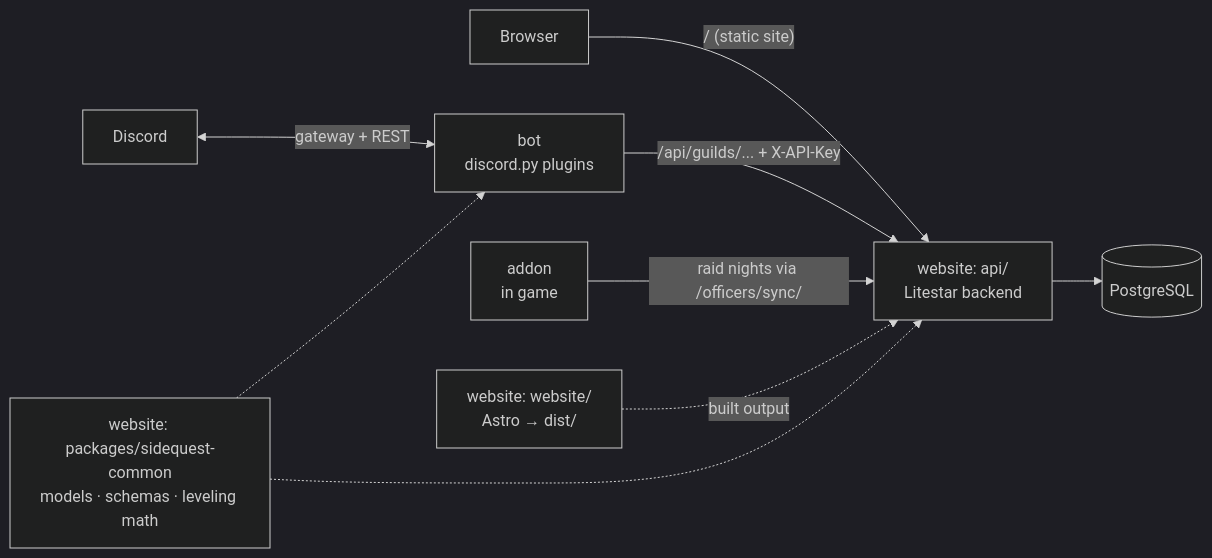
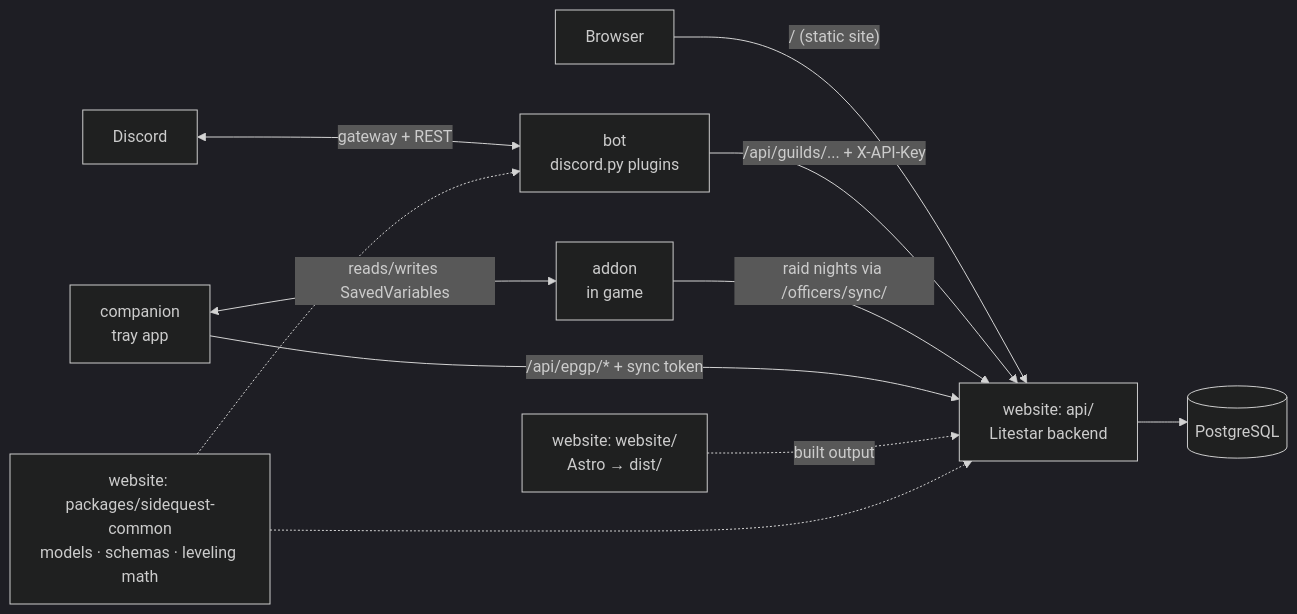
Before and after one commit to SideQuest-Guild/docs: the diagram in source/developers/index.md, drawn with Mermaid (dark theme). The commit also changed other lines of this file and 95 other files, not shown here.

Commit message:
feat: the docs become a handbook: a painted landing page, guides for members and officers (including the officers' code), developer guides per app, an API reference per app, changelogs, and a contributing section

````diff
--- a/source/developers/index.md
+++ b/source/developers/index.md
@@ -13,10 +16,12 @@
 ```{mermaid}
 flowchart LR
     Browser -->|"/ (static site)"| API
     Discord <-->|gateway + REST| Bot["bot<br/>discord.py plugins"]
     Bot -->|"/api/guilds/... + X-API-Key"| API["website: api/<br/>Litestar backend"]
     Addon["addon<br/>in game"] -->|"raid nights via /officers/sync/"| API
+    Companion["companion<br/>tray app"] -->|"/api/epgp/* + sync token"| API
+    Companion <-->|"reads/writes SavedVariables"| Addon
     Website["website: website/<br/>Astro → dist/"] -.->|built output| API
     API --> DB[(PostgreSQL)]
     Common["website: packages/sidequest-common<br/>models · schemas · leveling math"] -.-> Bot & API
 ```
````
